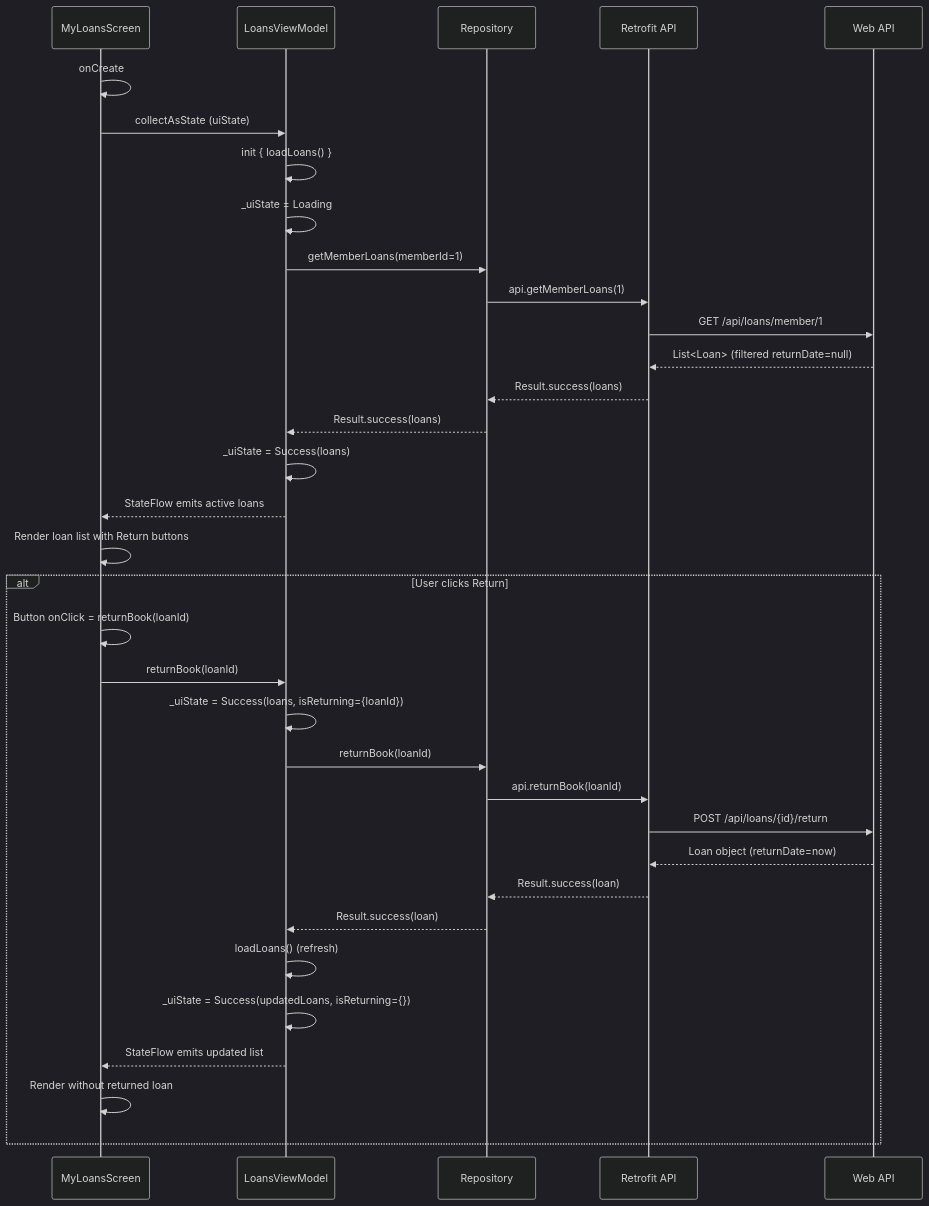
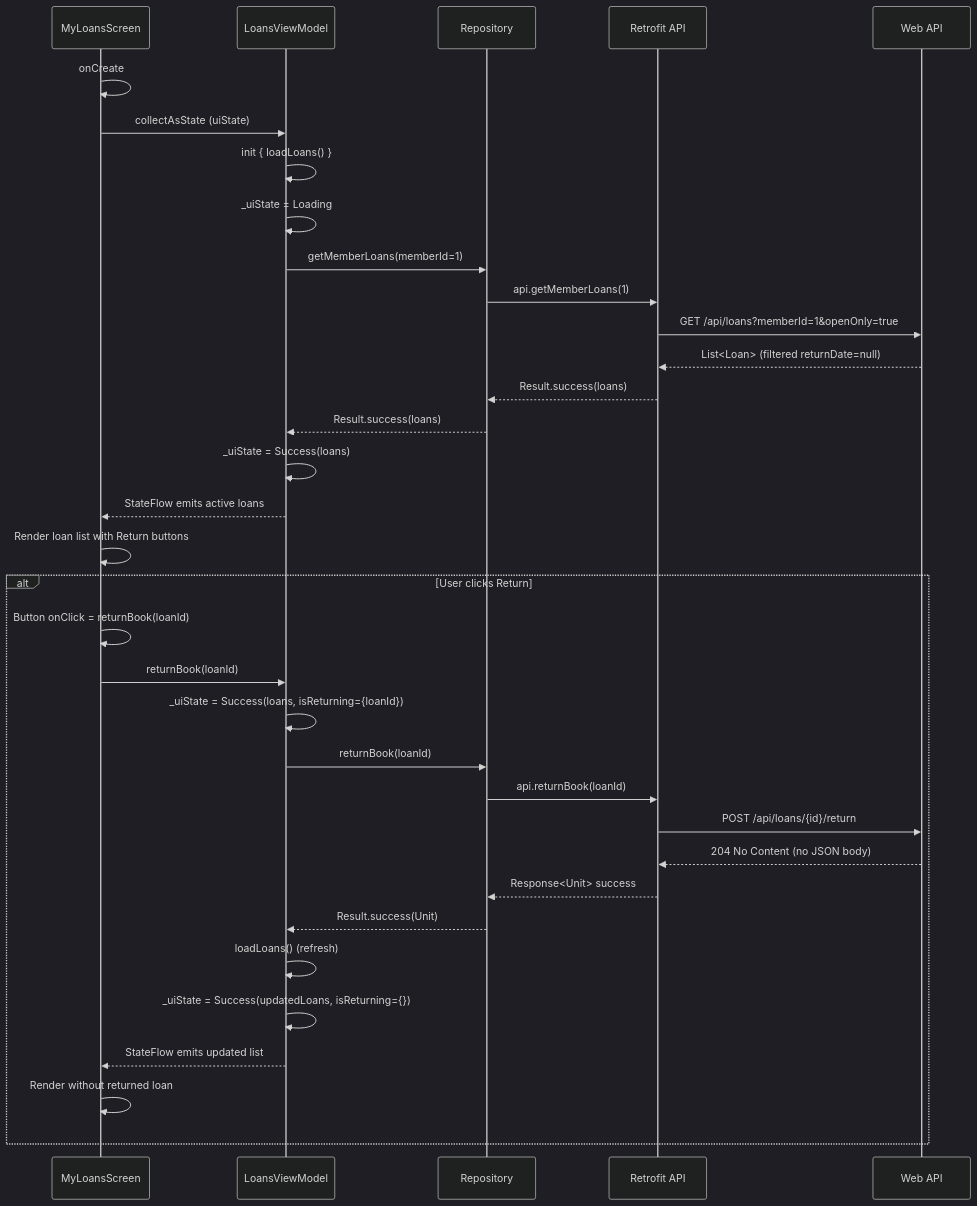
One commit to Stephware/CampusLibrary changed the fourth of 10 diagrams in docs/reports/2026-11-07-1711-android-app-mvvm/FLOWCHARTS.md. Above: the diagram before and after it, drawn with Mermaid (dark theme). The commit also changed other lines of this file and 84 other files, not shown here.

````diff
--- a/docs/reports/2026-11-07-1711-android-app-mvvm/FLOWCHARTS.md
+++ b/docs/reports/2026-11-07-1711-android-app-mvvm/FLOWCHARTS.md
@@ -159,42 +162,42 @@
 ```mermaid
 sequenceDiagram
     participant UI as MyLoansScreen
     participant VM as LoansViewModel
     participant REPO as Repository
     participant API as Retrofit API
     participant SERVER as Web API
 
     UI->>UI: onCreate
     UI->>VM: collectAsState (uiState)
     VM->>VM: init { loadLoans() }
     
     VM->>VM: _uiState = Loading
     VM->>REPO: getMemberLoans(memberId=1)
     REPO->>API: api.getMemberLoans(1)
-    API->>SERVER: GET /api/loans/member/1
+    API->>SERVER: GET /api/loans?memberId=1&openOnly=true
     SERVER-->>API: List<Loan> (filtered returnDate=null)
     API-->>REPO: Result.success(loans)
     REPO-->>VM: Result.success(loans)
     
     VM->>VM: _uiState = Success(loans)
     VM-->>UI: StateFlow emits active loans
     UI->>UI: Render loan list with Return buttons
     
     alt User clicks Return
         UI->>UI: Button onClick = returnBook(loanId)
         UI->>VM: returnBook(loanId)
         VM->>VM: _uiState = Success(loans, isReturning={loanId})
         
         VM->>REPO: returnBook(loanId)
         REPO->>API: api.returnBook(loanId)
         API->>SERVER: POST /api/loans/{id}/return
-        SERVER-->>API: Loan object (returnDate=now)
-        API-->>REPO: Result.success(loan)
-        REPO-->>VM: Result.success(loan)
+        SERVER-->>API: 204 No Content (no JSON body)
+        API-->>REPO: Response<Unit> success
+        REPO-->>VM: Result.success(Unit)
         
         VM->>VM: loadLoans() (refresh)
         VM->>VM: _uiState = Success(updatedLoans, isReturning={})
         VM-->>UI: StateFlow emits updated list
         UI->>UI: Render without returned loan
     end
 ```
````
